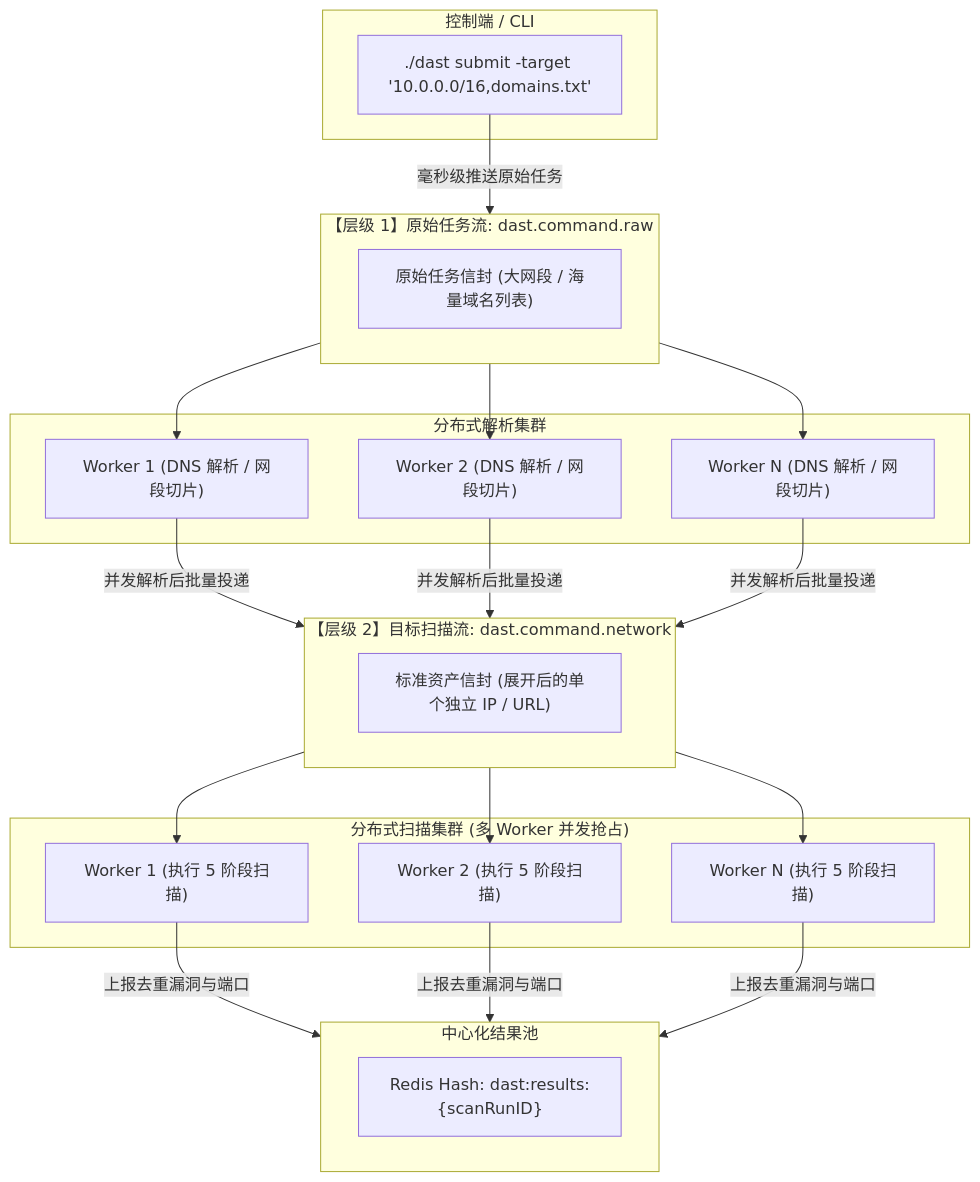
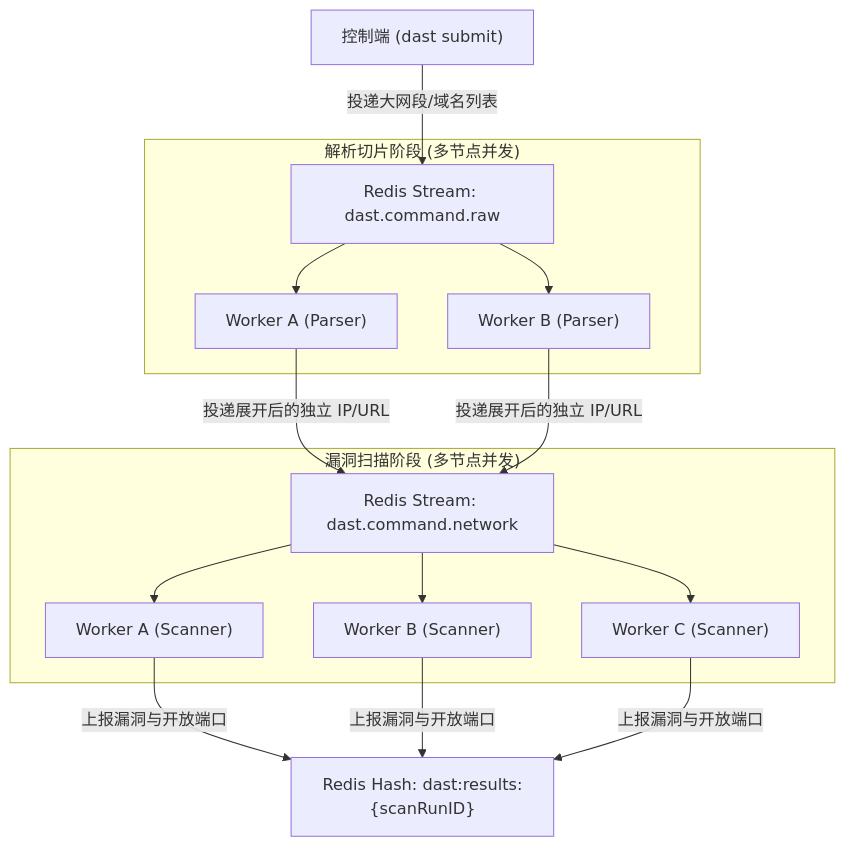
One commit to exzco/DAST changed the diagram in README.md. Above: the diagram before and after it, drawn with Mermaid. The commit also changed other lines of this file, not shown here.

````diff
--- a/README.md
+++ b/README.md
@@ -125,36 +156,19 @@
 ```mermaid
 flowchart TD
-    subgraph Client ["控制端 / CLI"]
-        Submit["./dast submit -target '10.0.0.0/16,domains.txt'"]
+    Client["控制端 (dast submit)"] -->|投递大网段/域名列表| RawStream["Redis Stream: dast.command.raw"]
+
+    subgraph ParserPhase ["解析切片阶段 (多节点并发)"]
+        RawStream --> W1_P["Worker A (Parser)"]
+        RawStream --> W2_P["Worker B (Parser)"]
     end
 
-    subgraph Level1 ["【层级 1】原始任务流: dast.command.raw"]
-        RawStream["原始任务信封 (大网段 / 海量域名列表)"]
+    W1_P & W2_P -->|投递展开后的独立 IP/URL| NetStream["Redis Stream: dast.command.network"]
+
+    subgraph ScanPhase ["漏洞扫描阶段 (多节点并发)"]
+        NetStream --> W1_S["Worker A (Scanner)"]
+        NetStream --> W2_S["Worker B (Scanner)"]
+        NetStream --> W3_S["Worker C (Scanner)"]
     end
 
-    subgraph ParserCluster ["分布式解析集群"]
-        P1["Worker 1 (DNS 解析 / 网段切片)"]
-        P2["Worker 2 (DNS 解析 / 网段切片)"]
-        PN["Worker N (DNS 解析 / 网段切片)"]
-    end
-
-    subgraph Level2 ["【层级 2】目标扫描流: dast.command.network"]
-        TargetStream["标准资产信封 (展开后的单个独立 IP / URL)"]
-    end
-
-    subgraph ScanCluster ["分布式扫描集群 (多 Worker 并发抢占)"]
-        S1["Worker 1 (执行 5 阶段扫描)"]
-        S2["Worker 2 (执行 5 阶段扫描)"]
-        SN["Worker N (执行 5 阶段扫描)"]
-    end
-
-    subgraph CentralDB ["中心化结果池"]
-        ResultHash["Redis Hash: dast:results:{scanRunID}"]
-    end
-
-    Submit -->|毫秒级推送原始任务| Level1
-    Level1 --> P1 & P2 & PN
-    P1 & P2 & PN -->|并发解析后批量投递| Level2
-    Level2 --> S1 & S2 & SN
-    S1 & S2 & SN -->|上报去重漏洞与端口| CentralDB
+    W1_S & W2_S & W3_S -->|上报漏洞与开放端口| ResultHash["Redis Hash: dast:results:{scanRunID}"]
 ```
````
